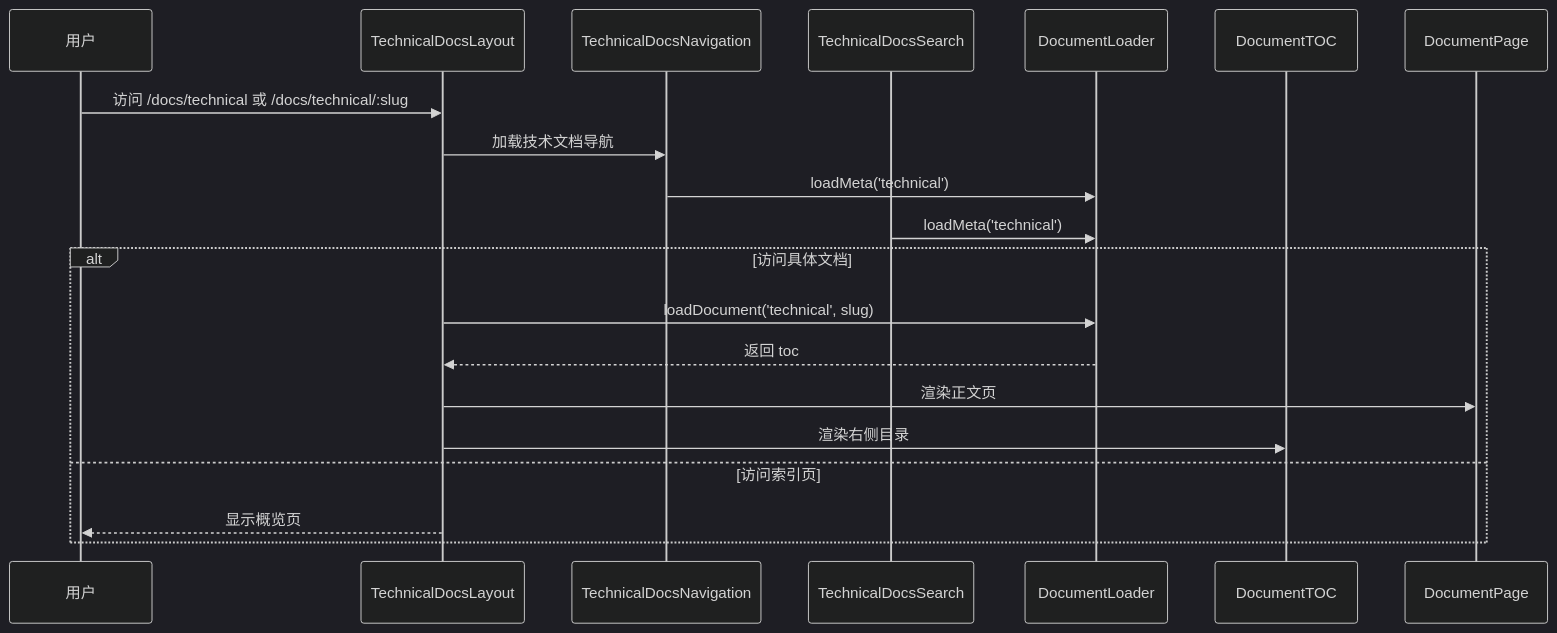
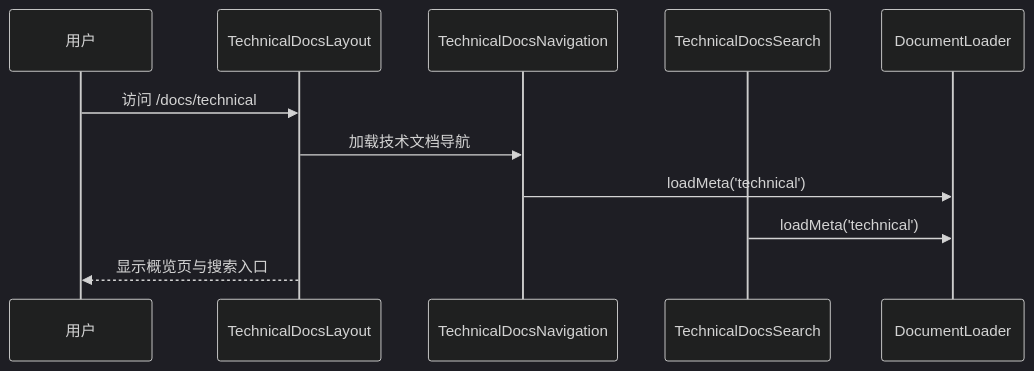
The fifth of 7 diagrams in .trae/documents/DESIGN_markdown_docs_repository.md (necc-hub/new_energy_coder_club), drawn with Mermaid (dark theme) before and after one commit. The commit also changed other lines of this file and 12 other files, not shown here.

````diff
--- a/.trae/documents/DESIGN_markdown_docs_repository.md
+++ b/.trae/documents/DESIGN_markdown_docs_repository.md
@@ -413,24 +442,13 @@
 ```mermaid
 sequenceDiagram
     participant U as 用户
     participant TL as TechnicalDocsLayout
     participant TN as TechnicalDocsNavigation
     participant TS as TechnicalDocsSearch
     participant DL as DocumentLoader
-    participant TOC as DocumentTOC
-    participant DP as DocumentPage
-
-    U->>TL: 访问 /docs/technical 或 /docs/technical/:slug
+    U->>TL: 访问 /docs/technical
     TL->>TN: 加载技术文档导航
     TN->>DL: loadMeta('technical')
     TS->>DL: loadMeta('technical')
-
-    alt 访问具体文档
-        TL->>DL: loadDocument('technical', slug)
-        DL-->>TL: 返回 toc
-        TL->>DP: 渲染正文页
-        TL->>TOC: 渲染右侧目录
-    else 访问索引页
-        TL-->>U: 显示概览页
-    end
+    TL-->>U: 显示概览页与搜索入口
 ```
````
